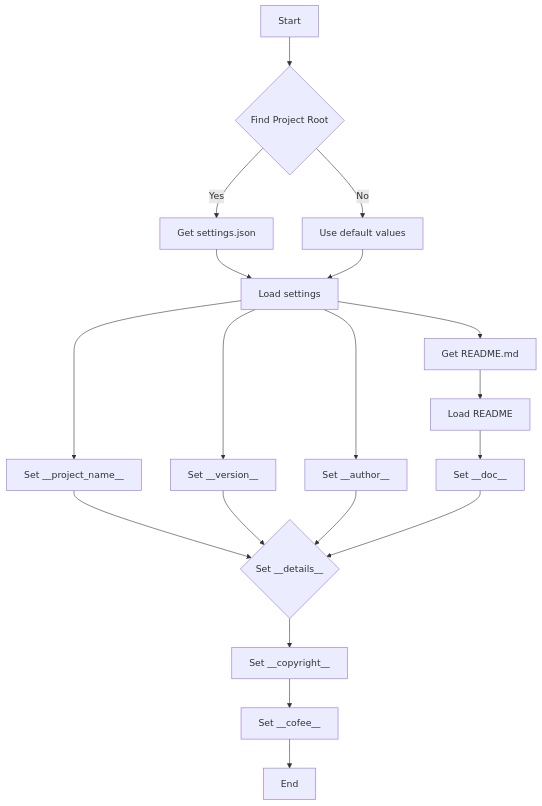
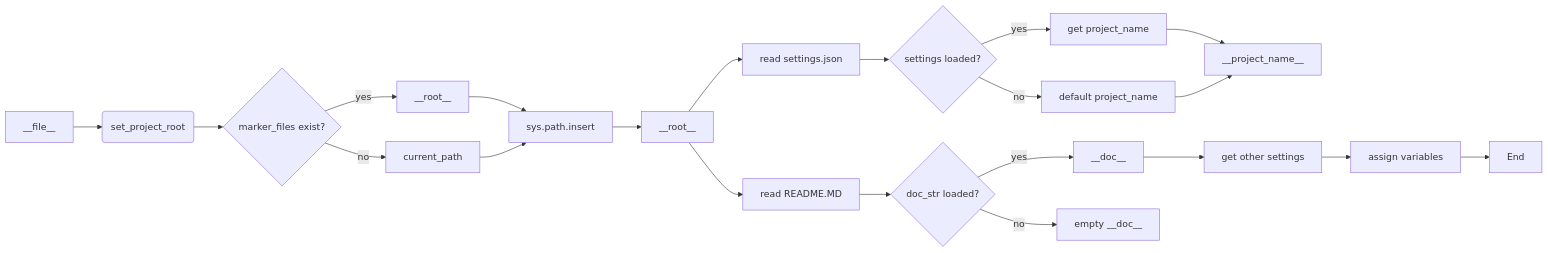
The diagram in docs/gemini/ru/explainer/src/suppliers/ebay/header.md (hypo69/hypo), drawn with Mermaid before and after one commit. The commit also changed other lines of this file and 468 other files, not shown here.

````diff
--- a/docs/gemini/ru/explainer/src/suppliers/ebay/header.md
+++ b/docs/gemini/ru/explainer/src/suppliers/ebay/header.md
@@ -77,22 +109,23 @@
 ```mermaid
-graph TD
-    A[Start] --> B{Find Project Root};
-    B -- Yes --> C[Get settings.json];
-    B -- No --> D[Use default values];
-    C --> E[Load settings];
-    E --> F[Get README.md];
-    F --> G[Load README];
-    D --> E;
-    E --> H[Set __project_name__];
-    E --> I[Set __version__];
-    E --> J[Set __author__];
-    G --> K[Set __doc__];
-    H --> L{Set __details__};
-    I --> L;
-    J --> L;
+graph LR
+    A[__file__] --> B(set_project_root);
+    B --> C{marker_files exist?};
+    C -- yes --> D[__root__];
+    C -- no --> E[current_path];
+    D --> F[sys.path.insert];
+    E --> F;
+    F --> G[__root__];
+    G --> H[read settings.json];
+    H --> I{settings loaded?};
+    I -- yes --> J[get project_name];
+    I -- no --> K[default project_name];
+    J --> L[__project_name__];
     K --> L;
-    L --> M[Set __copyright__];
-    M --> N[Set __cofee__];
-    N --> O[End];
-
+    G --> M[read README.MD];
+    M --> N{doc_str loaded?};
+    N -- yes --> O[__doc__];
+    N -- no --> P[empty __doc__];
+    O --> Q[get other settings];
+    Q --> R[assign variables];
+    R --> S[End];
 ```
````
